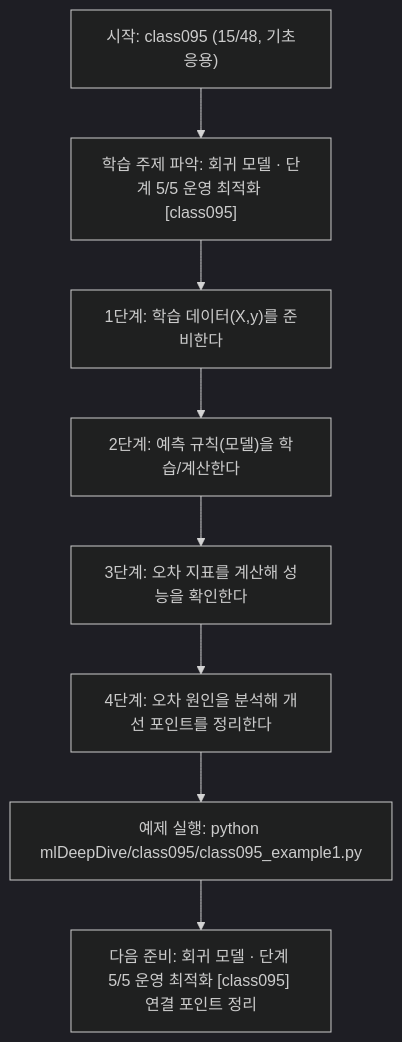
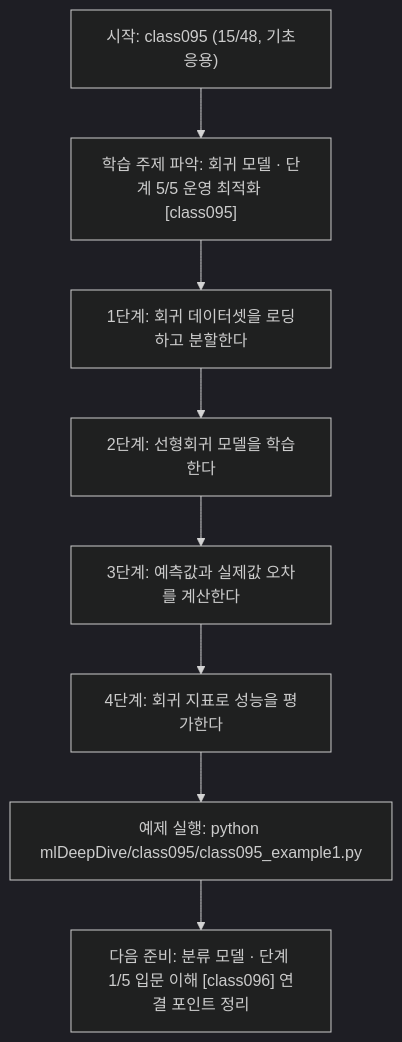
One commit to edumgt/Python-AI_Agent-Class changed the diagram in mlDeepDive/class095/class095.md. Above: the diagram before and after it, drawn with Mermaid (dark theme). The commit also changed other lines of this file and 338 other files, not shown here.

````diff
--- a/mlDeepDive/class095/class095.md
+++ b/mlDeepDive/class095/class095.md
@@ -109,18 +91,18 @@
 ```mermaid
 flowchart TD
 N1["시작: class095 (15/48, 기초응용)"]
 N2["학습 주제 파악: 회귀 모델 · 단계 5/5 운영 최적화 [class095]"]
-N3["1단계: 학습 데이터(X,y)를 준비한다"]
-N4["2단계: 예측 규칙(모델)을 학습/계산한다"]
-N5["3단계: 오차 지표를 계산해 성능을 확인한다"]
-N6["4단계: 오차 원인을 분석해 개선 포인트를 정리한다"]
+N3["1단계: 회귀 데이터셋을 로딩하고 분할한다"]
+N4["2단계: 선형회귀 모델을 학습한다"]
+N5["3단계: 예측값과 실제값 오차를 계산한다"]
+N6["4단계: 회귀 지표로 성능을 평가한다"]
 N7["예제 실행: python mlDeepDive/class095/class095_example1.py"]
-N8["다음 준비: 회귀 모델 · 단계 5/5 운영 최적화 [class095] 연결 포인트 정리"]
+N8["다음 준비: 분류 모델 · 단계 1/5 입문 이해 [class096] 연결 포인트 정리"]
 N1 --> N2
 N2 --> N3
 N3 --> N4
 N4 --> N5
 N5 --> N6
 N6 --> N7
 N7 --> N8
 ```
````
